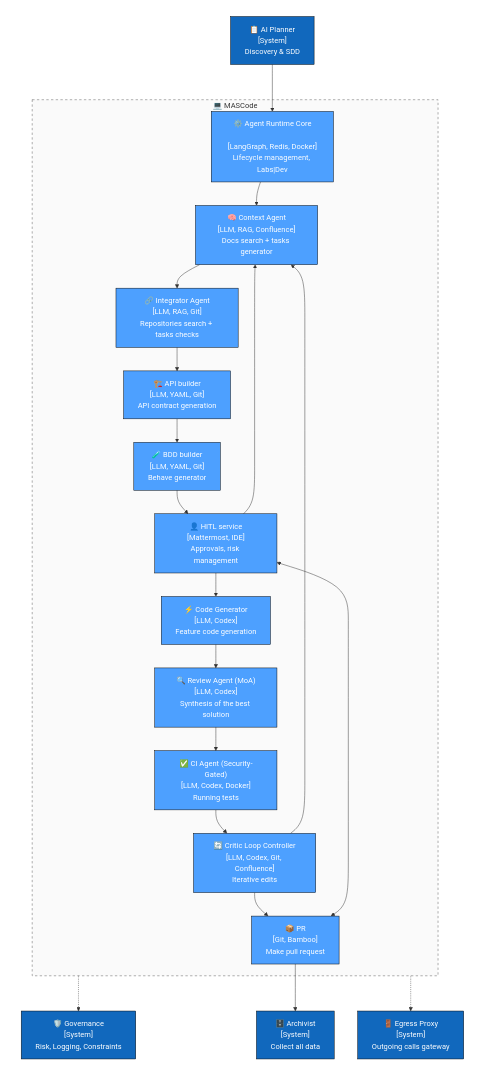
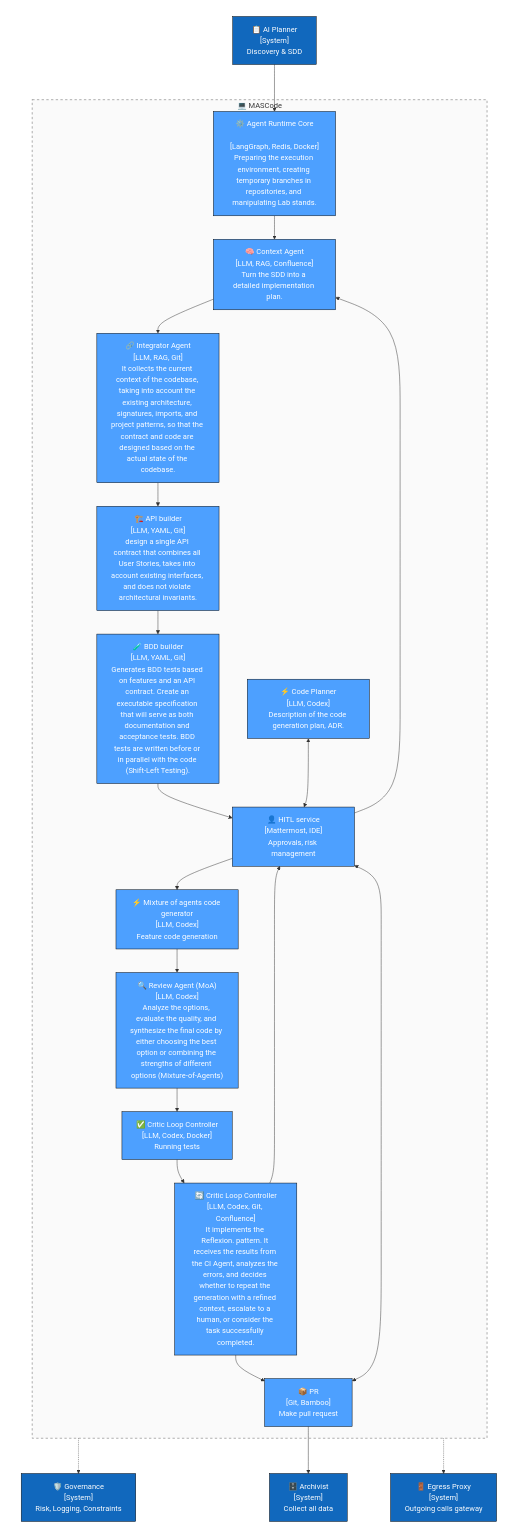
Before and after one commit to Kir-Za/MAS: the diagram in c4schemes/container_coder.mmd, drawn with Mermaid. The commit also changed 3 other files, not shown here.

Commit message:
Update C4 with code planner

```diff
--- a/c4schemes/container_coder.mmd
+++ b/c4schemes/container_coder.mmd
@@ -1,46 +1,48 @@
 flowchart TD
     classDef actor fill:#08427b,stroke:#000,color:#fff,stroke-width:2px;
     classDef system fill:#1168bd,stroke:#000,color:#fff;
     classDef container fill:#4DA0FF,stroke:#000,color:#fff;
     classDef external fill:#999,stroke:#333,color:#fff;
 
     subgraph group_internal_0[" "]
         planner["📋 AI Planner<br/>[System]<br/>Discovery & SDD"]:::system
     end
 
     subgraph group_internal_1["💻 MASCode"]
-        runtime_core["⚙️ Agent Runtime Core<br/><br/>[LangGraph, Redis, Docker]<br/>Lifecycle management, Labs|Dev"]:::container
-        context_agent["🧠 Context Agent<br/>[LLM, RAG, Confluence]<br/>Docs search + tasks generator"]:::container
-        integrator_agent["🔗 Integrator Agent<br/>[LLM, RAG, Git]<br/>Repositories search + tasks checks"]:::container
-        api_agent["🏗️ API builder<br/>[LLM, YAML, Git]<br/>API contract generation"]:::container
-        bdd_agent["🧪 BDD builder<br/>[LLM, YAML, Git]<br/>Behave generator"]:::container
+        runtime_core["⚙️ Agent Runtime Core<br/><br/>[LangGraph, Redis, Docker]<br/>Preparing the execution environment, creating temporary branches in repositories, and manipulating Lab stands."]:::container
+        context_agent["🧠 Context Agent<br/>[LLM, RAG, Confluence]<br/>Turn the SDD into a detailed implementation plan."]:::container
+        integrator_agent["🔗 Integrator Agent<br/>[LLM, RAG, Git]<br/>It collects the current context of the codebase, taking into account the existing architecture, signatures, imports, and project patterns, so that the contract and code are designed based on the actual state of the codebase."]:::container
+        api_agent["🏗️ API builder<br/>[LLM, YAML, Git]<br/>design a single API contract that combines all User Stories, takes into account existing interfaces, and does not violate architectural invariants."]:::container
+        bdd_agent["🧪 BDD builder<br/>[LLM, YAML, Git]<br/>Generates BDD tests based on features and an API contract. Create an executable specification that will serve as both documentation and acceptance tests. BDD tests are written before or in parallel with the code (Shift-Left Testing)."]:::container
         hitl["👤 HITL service<br/>[Mattermost, IDE]<br/>Approvals, risk management"]:::container
-        code_agent["⚡ Code Generator<br/>[LLM, Codex]<br/>Feature code generation"]:::container
-        review_agent["🔍 Review Agent (MoA)<br/>[LLM, Codex]<br/>Synthesis of the best solution"]:::container
-        ci_scripts["✅ CI Agent (Security-Gated)<br/>[LLM, Codex, Docker]<br/>Running tests"]:::container
-        critic_agent["🔄 Critic Loop Controller<br/>[LLM, Codex, Git, Confluence]<br/>Iterative edits"]:::container
+        code_plan_agent["⚡ Code Planner<br/>[LLM, Codex]<br/>Description of the code generation plan, ADR."]:::container
+        code_agent["⚡ Mixture of agents code generator<br/>[LLM, Codex]<br/>Feature code generation"]:::container
+        review_agent["🔍 Review Agent (MoA)<br/>[LLM, Codex]<br/>Analyze the options, evaluate the quality, and synthesize the final code by either choosing the best option or combining the strengths of different options (Mixture-of-Agents)"]:::container
+        critic_agent["🔄 Critic Loop Controller<br/>[LLM, Codex, Git, Confluence]<br/>It implements the Reflexion. pattern. It receives the results from the CI Agent, analyzes the errors, and decides whether to repeat the generation with a refined context, escalate to a human, or consider the task successfully completed."]:::container
+        ci_scripts["✅ Critic Loop Controller<br/>[LLM, Codex, Docker]<br/>Running tests"]:::container       
         pr_scripts["📦 PR<br/>[Git, Bamboo]<br/>Make pull request"]:::container
 
     end
 
     subgraph group_internal_2[" "]
         governance["🛡️ Governance<br/>[System]<br/>Risk, Logging, Constraints"]:::system
         archivist["🗄️ Archivist<br/>[System]<br/>Collect all data"]:::system
         egress["🚪 Egress Proxy<br/>[System]<br/>Outgoing calls gateway"]:::system
     end
 
     planner --> runtime_core --> context_agent --> integrator_agent
     integrator_agent --> api_agent --> bdd_agent --> hitl --> code_agent
     code_agent --> review_agent --> ci_scripts --> critic_agent --> pr_scripts
 
-    critic_agent --> context_agent
+    critic_agent --> hitl
     pr_scripts <--> hitl
     hitl --> context_agent
+    code_plan_agent <--> hitl
 
     group_internal_1 -.-> governance
     pr_scripts --> archivist
     group_internal_1 -.-> egress
 
     style group_internal_0 fill:none,stroke:none,stroke-width:0px;
     style group_internal_1 stroke:#555,stroke-dasharray: 5 5,fill:#f9f9f9,fill-opacity:0.8;
     style group_internal_2 fill:none,stroke:none,stroke-width:0px;
```
